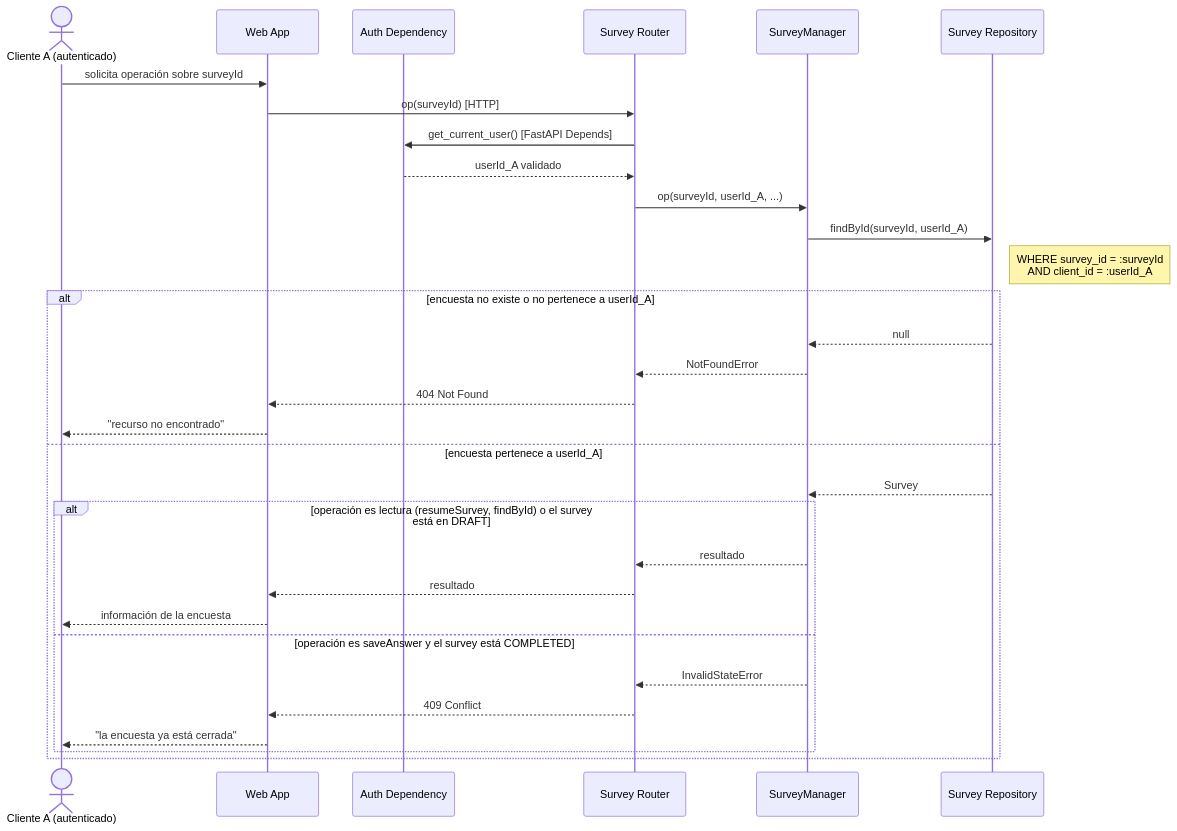
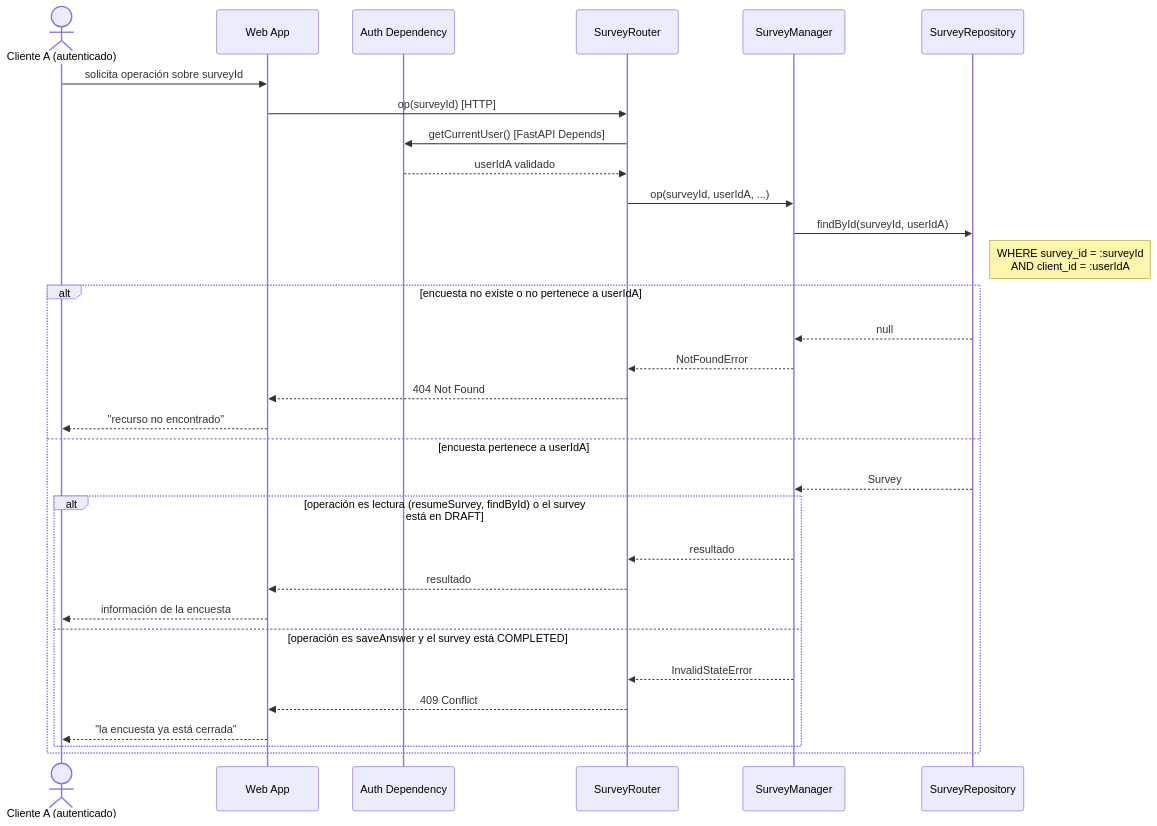
The third of 4 diagrams in docs/design/02_Interaction_and_Data_Design.md (juacortesva/Grupo-5-Finanzas-Ingesoft_I_UN_2026-II), drawn with Mermaid before and after one commit. The commit also changed other lines of this file and 5 other files, not shown here.

````diff
--- a/docs/design/02_Interaction_and_Data_Design.md
+++ b/docs/design/02_Interaction_and_Data_Design.md
@@ -192,34 +192,34 @@
 ```mermaid
 sequenceDiagram
     actor ClienteA as Cliente A (autenticado)
     participant WebApp as Web App
     participant Auth as Auth Dependency
-    participant SRouter as Survey Router
+    participant SRouter as SurveyRouter
     participant SMgr as SurveyManager
-    participant SRepo as Survey Repository
+    participant SRepo as SurveyRepository
 
     ClienteA->>WebApp: solicita operación sobre surveyId
     WebApp->>SRouter: op(surveyId) [HTTP]
-    SRouter->>Auth: get_current_user() [FastAPI Depends]
-    Auth-->>SRouter: userId_A validado
-    SRouter->>SMgr: op(surveyId, userId_A, ...)
-    SMgr->>SRepo: findById(surveyId, userId_A)
-    Note right of SRepo: WHERE survey_id = :surveyId<br/>AND client_id = :userId_A
-    alt encuesta no existe o no pertenece a userId_A
+    SRouter->>Auth: getCurrentUser() [FastAPI Depends]
+    Auth-->>SRouter: userIdA validado
+    SRouter->>SMgr: op(surveyId, userIdA, ...)
+    SMgr->>SRepo: findById(surveyId, userIdA)
+    Note right of SRepo: WHERE survey_id = :surveyId<br/>AND client_id = :userIdA
+    alt encuesta no existe o no pertenece a userIdA
         SRepo-->>SMgr: null
         SMgr-->>SRouter: NotFoundError
         SRouter-->>WebApp: 404 Not Found
         WebApp-->>ClienteA: "recurso no encontrado"
-    else encuesta pertenece a userId_A
+    else encuesta pertenece a userIdA
         SRepo-->>SMgr: Survey
         alt operación es lectura (resumeSurvey, findById) o el survey está en DRAFT
             SMgr-->>SRouter: resultado
             SRouter-->>WebApp: resultado
             WebApp-->>ClienteA: información de la encuesta
         else operación es saveAnswer y el survey está COMPLETED
             SMgr-->>SRouter: InvalidStateError
             SRouter-->>WebApp: 409 Conflict
             WebApp-->>ClienteA: "la encuesta ya está cerrada"
         end
     end
 ```
````
